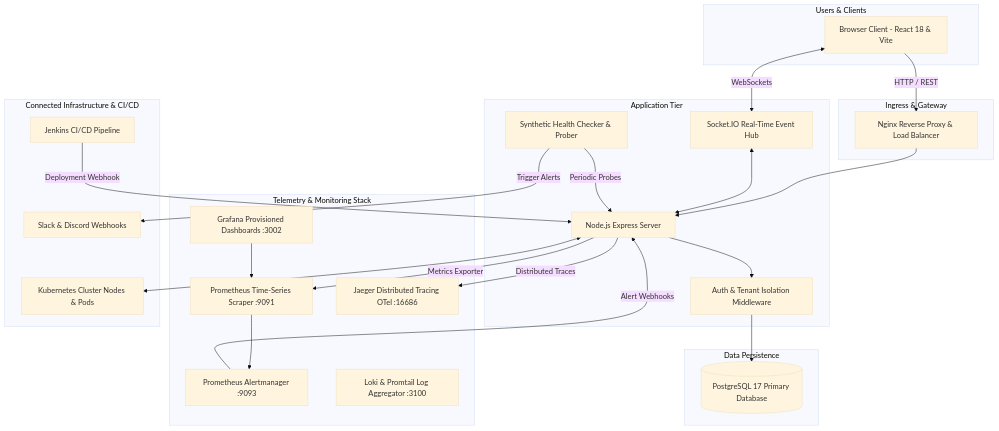
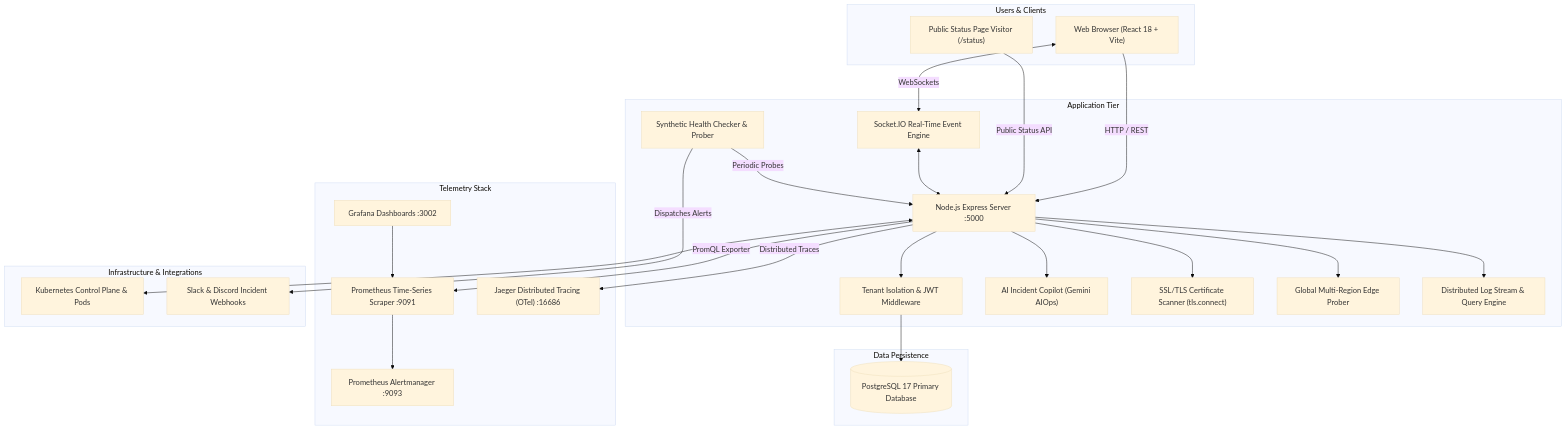
One commit to shivanshks06/cloudops changed the diagram in README.md. Above: the diagram before and after it, drawn with Mermaid (base theme). The commit also changed other lines of this file and 26 other files, not shown here.

Commit message:
feat: implement AI Incident Copilot, Public Status Page, SSL Audit, Geo Latency Heatmap, and Live Log Explorer

````diff
--- a/README.md
+++ b/README.md
@@ -18,53 +19,54 @@
 ```mermaid
 flowchart TD
     subgraph Clients["Users & Clients"]
-        User["Browser Client - React 18 & Vite"]
-    end
-
-    subgraph Gateway["Ingress & Gateway"]
-        Nginx["Nginx Reverse Proxy & Load Balancer"]
+        User["Web Browser (React 18 + Vite)"]
+        PublicUser["Public Status Page Visitor (/status)"]
     end
 
     subgraph ApplicationLayer["Application Tier"]
-        AuthMid["Auth & Tenant Isolation Middleware"]
-        API["Node.js Express Server"]
-        SocketServer["Socket.IO Real-Time Event Hub"]
+        API["Node.js Express Server :5000"]
+        AuthMid["Tenant Isolation & JWT Middleware"]
+        SocketServer["Socket.IO Real-Time Event Engine"]
         HealthEngine["Synthetic Health Checker & Prober"]
+        AICopilot["AI Incident Copilot (Gemini AIOps)"]
+        SSLService["SSL/TLS Certificate Scanner (tls.connect)"]
+        GeoService["Global Multi-Region Edge Prober"]
+        LogEngine["Distributed Log Stream & Query Engine"]
     end
 
     subgraph DatabaseLayer["Data Persistence"]
         PG[("PostgreSQL 17 Primary Database")]
     end
 
-    subgraph ObservabilityLayer["Telemetry & Monitoring Stack"]
+    subgraph ObservabilityLayer["Telemetry Stack"]
         Prometheus["Prometheus Time-Series Scraper :9091"]
         Alertmanager["Prometheus Alertmanager :9093"]
-        Grafana["Grafana Provisioned Dashboards :3002"]
-        Jaeger["Jaeger Distributed Tracing OTel :16686"]
-        Loki["Loki & Promtail Log Aggregator :3100"]
+        Grafana["Grafana Dashboards :3002"]
+        Jaeger["Jaeger Distributed Tracing (OTel) :16686"]
     end
 
-    subgraph InfrastructureLayer["Connected Infrastructure & CI/CD"]
-        K8s["Kubernetes Cluster Nodes & Pods"]
-        Jenkins["Jenkins CI/CD Pipeline"]
-        Slack["Slack & Discord Webhooks"]
+    subgraph InfrastructureLayer["Infrastructure & Integrations"]
+        K8s["Kubernetes Control Plane & Pods"]
+        Slack["Slack & Discord Incident Webhooks"]
     end
 
-    User -->|HTTP / REST| Nginx
+    User -->|HTTP / REST| API
     User <-->|WebSockets| SocketServer
-    Nginx --> API
+    PublicUser -->|Public Status API| API
     API --> AuthMid
     AuthMid --> PG
     SocketServer <--> API
     HealthEngine -->|Periodic Probes| API
-    HealthEngine -->|Trigger Alerts| Slack
+    HealthEngine -->|Dispatches Alerts| Slack
 
     API -->|Distributed Traces| Jaeger
-    API -->|Metrics Exporter| Prometheus
+    API -->|PromQL Exporter| Prometheus
     Prometheus --> Alertmanager
-    Alertmanager -->|Alert Webhooks| API
     Grafana --> Prometheus
 
     API <--> K8s
-    Jenkins -->|Deployment Webhook| API
+    API --> AICopilot
+    API --> SSLService
+    API --> GeoService
+    API --> LogEngine
 ```
````
